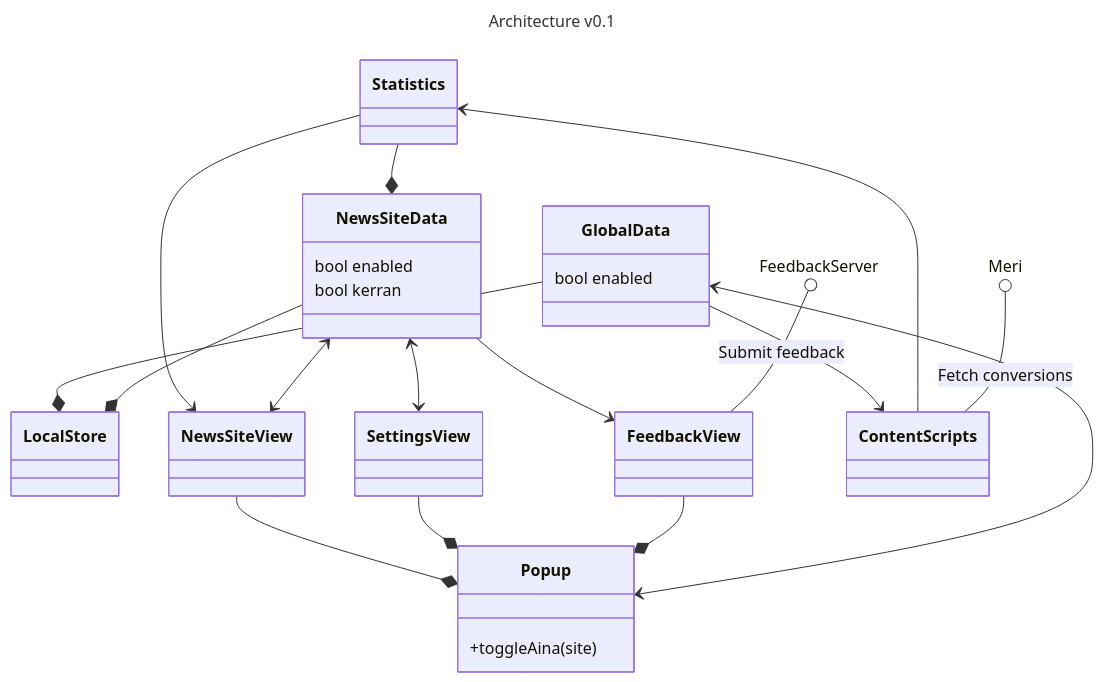
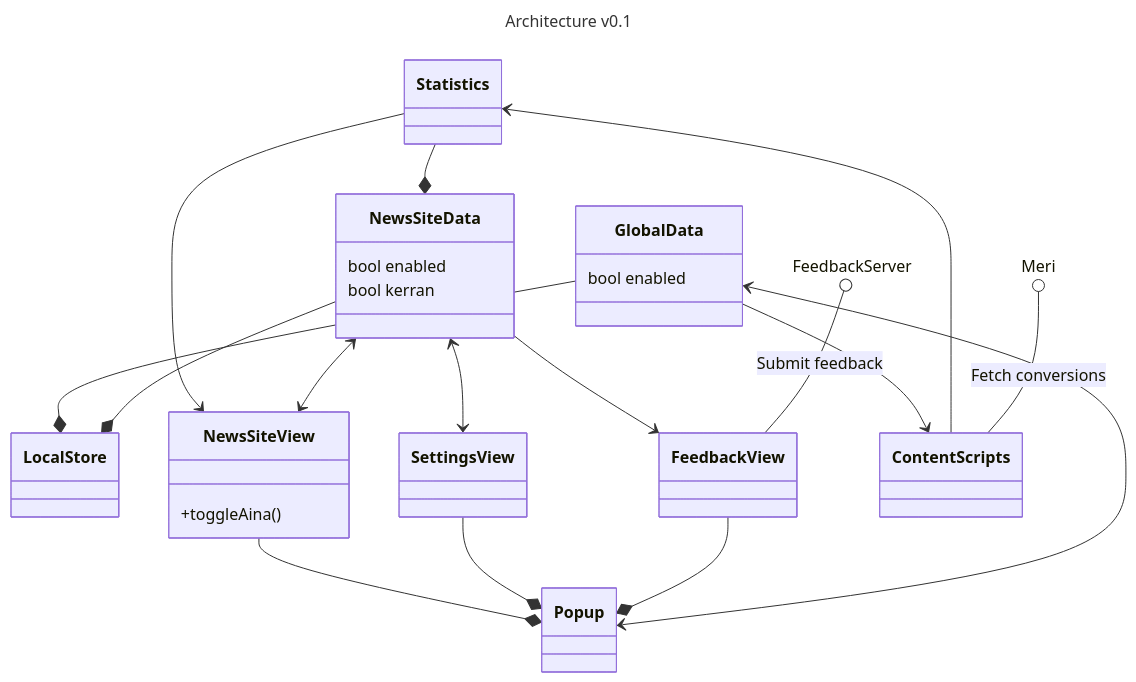
The diagram in README.md (Klikkikuri/paatti), drawn with Mermaid before and after one commit.

````diff
--- a/README.md
+++ b/README.md
@@ -3,51 +3,51 @@
 ```mermaid
 ---
 title: Architecture v0.1
 ---
 classDiagram
     direction BT
     class LocalStore{
     }
     class GlobalData{
         bool enabled
     }
     class NewsSiteData{
         bool enabled
         bool kerran
     }
     class Statistics{
     }
     class Popup{
-        +toggleAina(site)
     }
     class SettingsView{
     }
     class NewsSiteView{
+        +toggleAina()
     }
     class FeedbackView{
     }
     class ContentScripts{
     }
 
     LocalStore *-- GlobalData
     LocalStore *-- NewsSiteData
 
     NewsSiteData *-- Statistics
 
     ContentScripts <-- GlobalData
     ContentScripts --> Statistics
     ContentScripts --() Meri : Fetch conversions
 
     Popup *-- NewsSiteView
     Popup *-- SettingsView
     Popup *-- FeedbackView
     Popup <--> GlobalData
 
     NewsSiteView <-- Statistics
     NewsSiteView <--> NewsSiteData
 
     SettingsView <--> NewsSiteData
 
     FeedbackView <-- NewsSiteData
     FeedbackView --() FeedbackServer : Submit feedback
 ```
````
